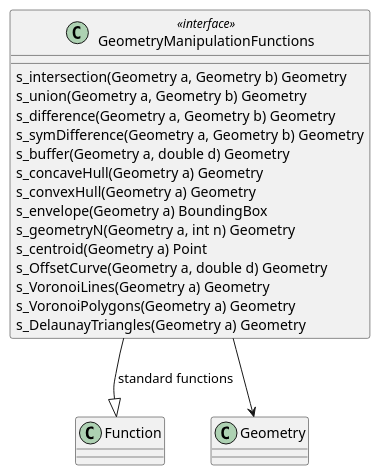
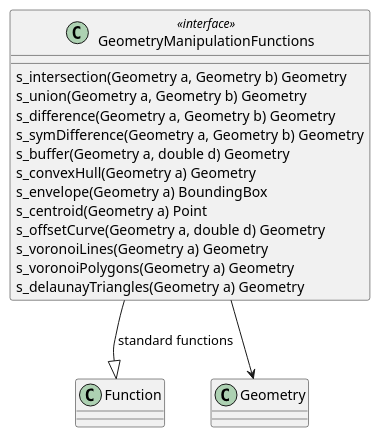
One commit to opengeospatial/styles-and-symbology changed the ninth of 10 diagrams in core/sections/clause_18_functions.adoc. Above: the diagram before and after it, drawn with PlantUML. The commit also changed other lines of this file and 3 other files, not shown here.

```diff
--- a/core/sections/clause_18_functions.adoc
+++ b/core/sections/clause_18_functions.adoc
@@ -572,20 +572,18 @@
 [plantuml, target=diagram-classes, format=png]
 ....
 class GeometryManipulationFunctions <<interface>>
 GeometryManipulationFunctions --|> Function : standard functions
 GeometryManipulationFunctions : s_intersection(Geometry a, Geometry b) Geometry
 GeometryManipulationFunctions : s_union(Geometry a, Geometry b) Geometry
 GeometryManipulationFunctions : s_difference(Geometry a, Geometry b) Geometry
 GeometryManipulationFunctions : s_symDifference(Geometry a, Geometry b) Geometry
 GeometryManipulationFunctions : s_buffer(Geometry a, double d) Geometry
-GeometryManipulationFunctions : s_concaveHull(Geometry a) Geometry
 GeometryManipulationFunctions : s_convexHull(Geometry a) Geometry
 GeometryManipulationFunctions : s_envelope(Geometry a) BoundingBox
-GeometryManipulationFunctions : s_geometryN(Geometry a, int n) Geometry
 GeometryManipulationFunctions : s_centroid(Geometry a) Point
-GeometryManipulationFunctions : s_OffsetCurve(Geometry a, double d) Geometry
-GeometryManipulationFunctions : s_VoronoiLines(Geometry a) Geometry
-GeometryManipulationFunctions : s_VoronoiPolygons(Geometry a) Geometry
-GeometryManipulationFunctions : s_DelaunayTriangles(Geometry a) Geometry
+GeometryManipulationFunctions : s_offsetCurve(Geometry a, double d) Geometry
+GeometryManipulationFunctions : s_voronoiLines(Geometry a) Geometry
+GeometryManipulationFunctions : s_voronoiPolygons(Geometry a) Geometry
+GeometryManipulationFunctions : s_delaunayTriangles(Geometry a) Geometry
 GeometryManipulationFunctions --> Geometry
 ....
```
